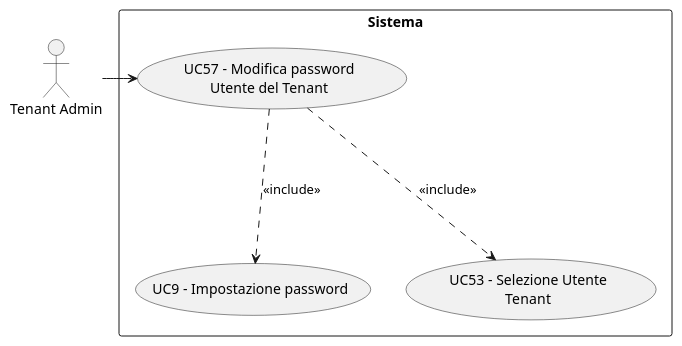
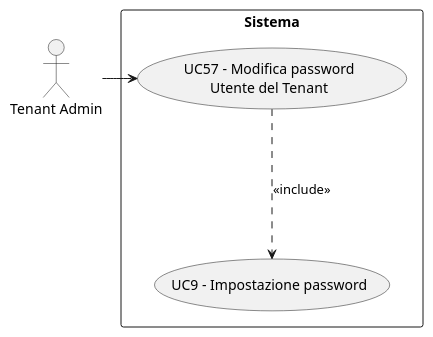
The diagram in docs/12-rtb/docest/analisi_requisiti/puml_output/cloud/modifica_password_utente.puml (NoTIPswe/RepoDocumentale), drawn with PlantUML before and after one commit. The commit also changed 17 other files, not shown here.

```diff
--- a/docs/12-rtb/docest/analisi_requisiti/puml_output/cloud/modifica_password_utente.puml
+++ b/docs/12-rtb/docest/analisi_requisiti/puml_output/cloud/modifica_password_utente.puml
@@ -1,18 +1,16 @@
 @startuml
 skinparam wrapWidth 200
 skinparam MaxMessageSize 150
 top to bottom direction
 skinparam packageStyle rectangle
 
 actor "Tenant Admin" as CA_tenant_adm
 
 rectangle "Sistema" {
     usecase "UC9 - Impostazione password" as impostazione_password
     usecase "UC57 - Modifica password Utente del Tenant" as modifica_password_utente
-    usecase "UC53 - Selezione Utente Tenant" as selezione_utente_tenant
 }
 
 CA_tenant_adm -right-> modifica_password_utente
-modifica_password_utente -down..> selezione_utente_tenant : <<include>>
 modifica_password_utente -down..> impostazione_password : <<include>>
 @enduml
```
